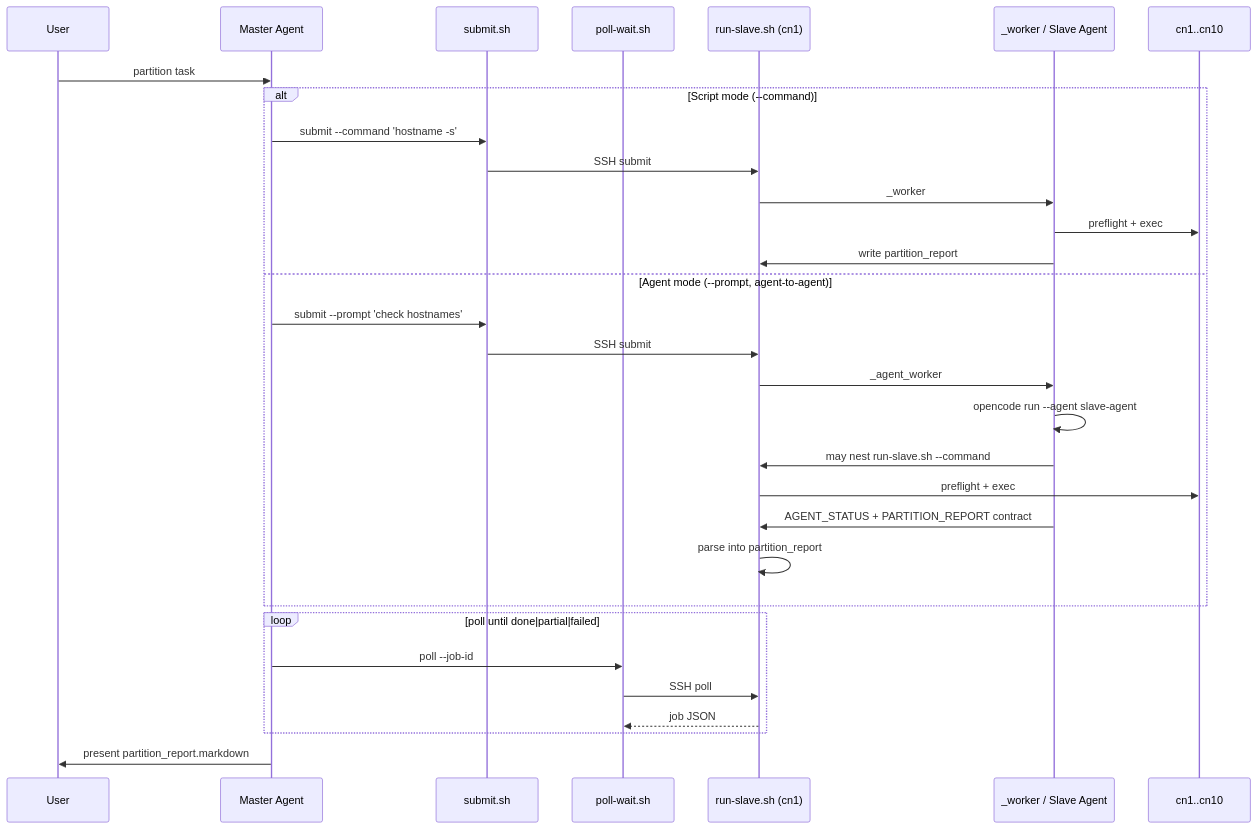
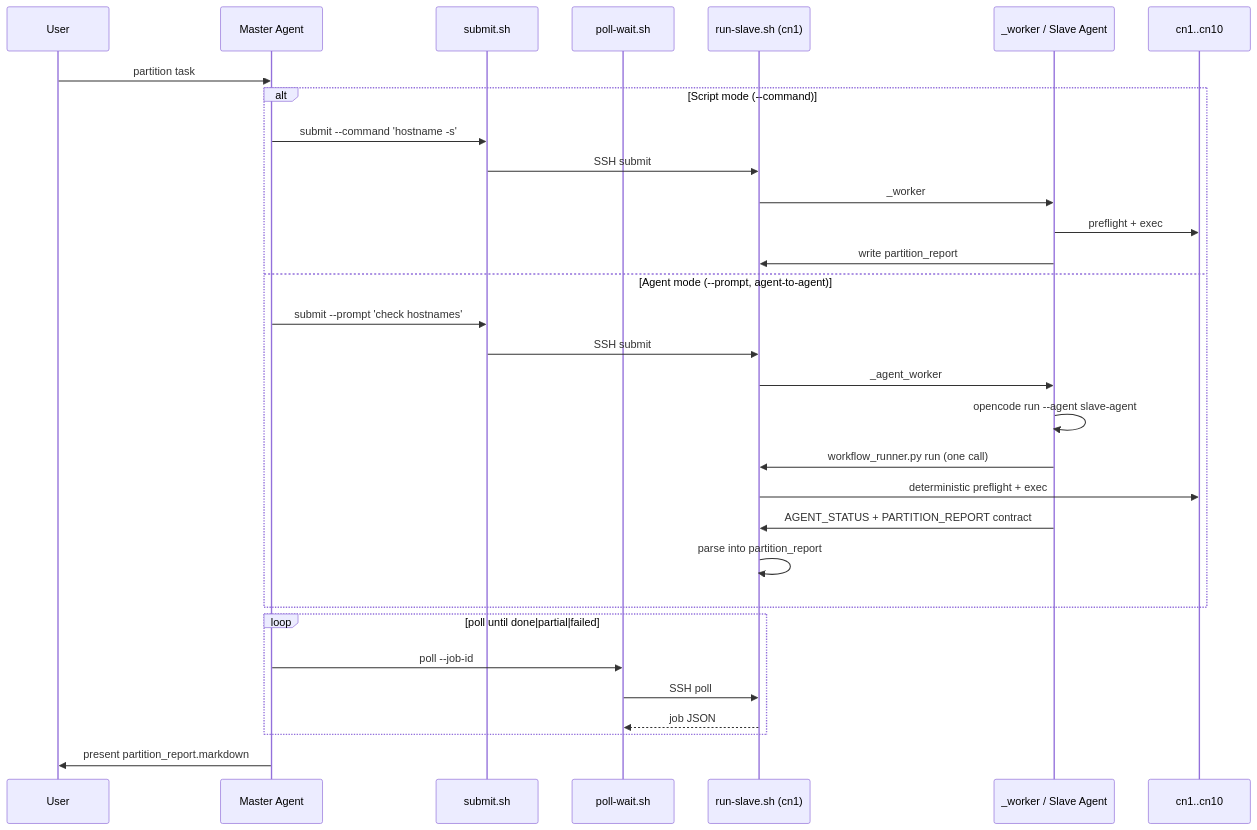
Before and after one commit to voidspiral/ClusterHelm: the fourth of 4 diagrams in docs/architecture.md, drawn with Mermaid. The commit also changed other lines of this file and 24 other files, not shown here.

First line of the commit message:
Fix Slave agent happy path to one deterministic workflow call.

````diff
--- a/docs/architecture.md
+++ b/docs/architecture.md
@@ -148,34 +150,34 @@
 ```mermaid
 sequenceDiagram
   participant User as User
   participant MA as Master Agent
   participant SS as submit.sh
   participant PS as poll-wait.sh
   participant RS as run-slave.sh (cn1)
   participant Exec as _worker / Slave Agent
   participant Node as cn1..cn10
 
   User->>MA: partition task
   alt Script mode (--command)
     MA->>SS: submit --command 'hostname -s'
     SS->>RS: SSH submit
     RS->>Exec: _worker
     Exec->>Node: preflight + exec
     Exec->>RS: write partition_report
   else Agent mode (--prompt, agent-to-agent)
     MA->>SS: submit --prompt 'check hostnames'
     SS->>RS: SSH submit
     RS->>Exec: _agent_worker
     Exec->>Exec: opencode run --agent slave-agent
-    Exec->>RS: may nest run-slave.sh --command
-    RS->>Node: preflight + exec
+    Exec->>RS: workflow_runner.py run (one call)
+    RS->>Node: deterministic preflight + exec
     Exec->>RS: AGENT_STATUS + PARTITION_REPORT contract
     RS->>RS: parse into partition_report
   end
   loop poll until done|partial|failed
     MA->>PS: poll --job-id
     PS->>RS: SSH poll
     RS-->>PS: job JSON
   end
   MA->>User: present partition_report.markdown
 ```
````
